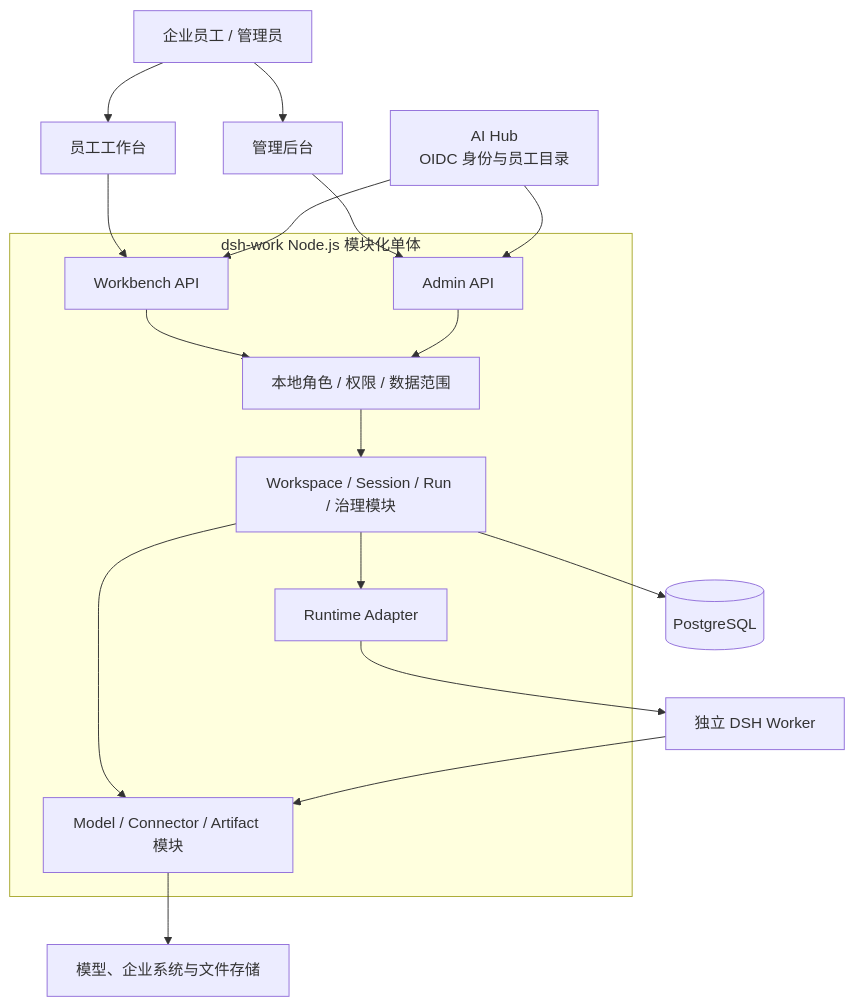
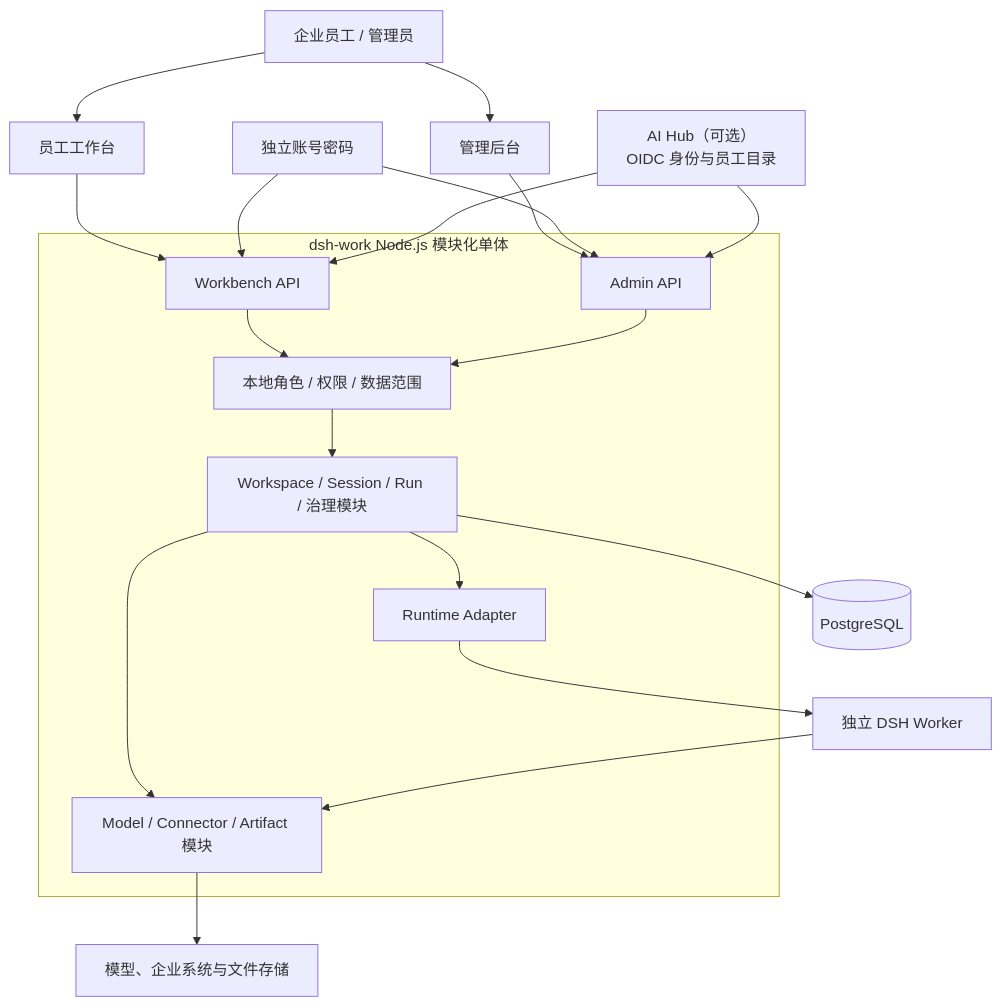
Before and after one commit to globalsinocode/dsh-work: the diagram in README.md, drawn with Mermaid. The commit also changed other lines of this file and 22 other files, not shown here.

````diff
--- a/README.md
+++ b/README.md
@@ -46,22 +46,24 @@
 ```mermaid
 flowchart TB
   User[企业员工 / 管理员] --> WB[员工工作台]
   User --> Admin[管理后台]
   WB --> API[Workbench API]
   Admin --> AdminAPI[Admin API]
-  AIHub[AI Hub<br/>OIDC 身份与员工目录] --> API
+  Local[独立账号密码] --> API
+  Local --> AdminAPI
+  AIHub[AI Hub（可选）<br/>OIDC 身份与员工目录] --> API
   AIHub --> AdminAPI
 
   subgraph App[dsh-work Node.js 模块化单体]
     API --> Authz[本地角色 / 权限 / 数据范围]
     AdminAPI --> Authz
     Authz --> Domain[Workspace / Session / Run / 治理模块]
     Domain --> Adapter[Runtime Adapter]
     Domain --> Gateways[Model / Connector / Artifact 模块]
   end
 
   Domain --> PG[(PostgreSQL)]
   Adapter --> Worker[独立 DSH Worker]
   Worker --> Gateways
   Gateways --> Enterprise[模型、企业系统与文件存储]
 ```
````
